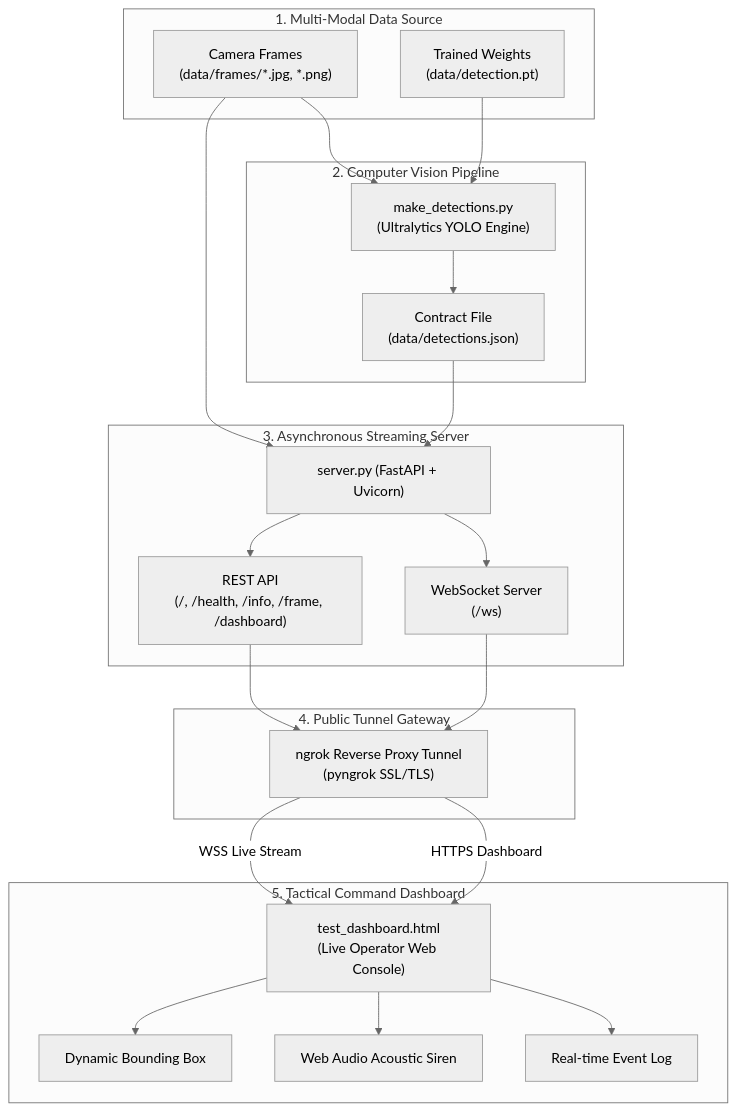
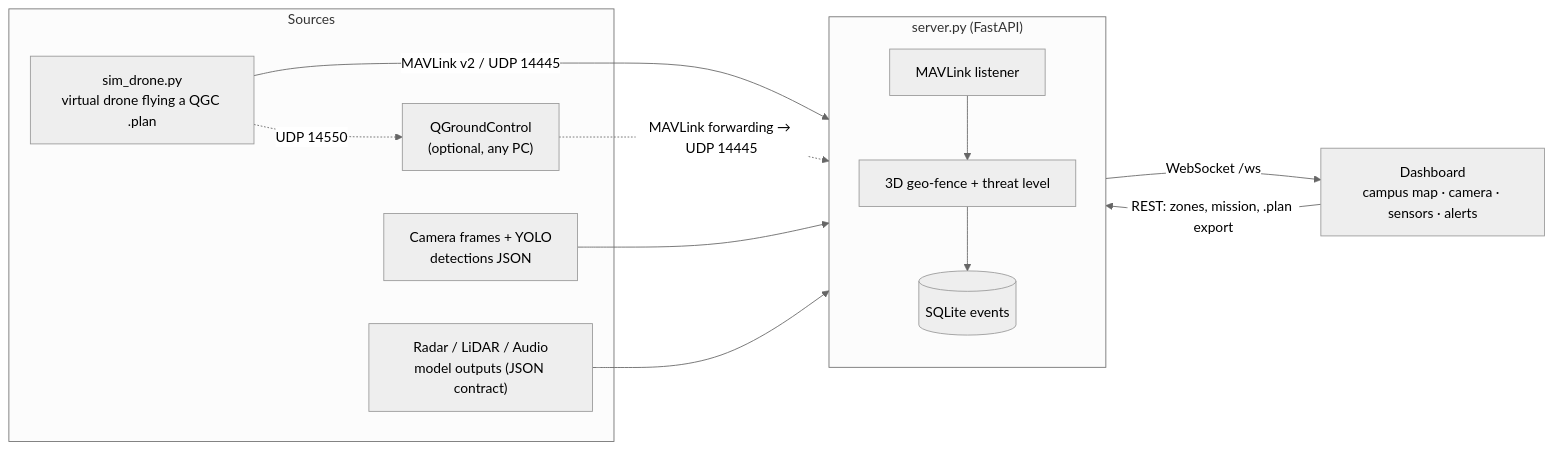
The diagram in README.md (ayesha-khan-ak/AeroSense), drawn with Mermaid (neutral theme) before and after one commit. The commit also changed other lines of this file and 35 other files, not shown here.

````diff
--- a/README.md
+++ b/README.md
@@ -42,43 +37,20 @@
 ```mermaid
-flowchart TD
-    subgraph Data_Source ["1. Multi-Modal Data Source"]
-        F["Camera Frames<br/>(data/frames/*.jpg, *.png)"]
-        M["Trained Weights<br/>(data/detection.pt)"]
+flowchart LR
+    subgraph Sources
+        SIM["sim_drone.py<br/>virtual drone flying a QGC .plan"]
+        QGC["QGroundControl<br/>(optional, any PC)"]
+        CAM["Camera frames + YOLO<br/>detections JSON"]
+        RLA["Radar / LiDAR / Audio<br/>model outputs (JSON contract)"]
     end
-
-    subgraph DL_Pipeline ["2. Computer Vision Pipeline"]
-        MD["make_detections.py<br/>(Ultralytics YOLO Engine)"]
-        F --> MD
-        M --> MD
-        DJ["Contract File<br/>(data/detections.json)"]
-        MD --> DJ
+    SIM -- "MAVLink v2 / UDP 14445" --> SRV
+    SIM -. "UDP 14550" .-> QGC
+    QGC -. "MAVLink forwarding → UDP 14445" .-> SRV
+    CAM --> SRV
+    RLA --> SRV
+    subgraph SRV["server.py (FastAPI)"]
+        ML["MAVLink listener"] --> GF["3D geo-fence + threat level"]
+        GF --> DB[("SQLite events")]
     end
-
-    subgraph Backend_Server ["3. Asynchronous Streaming Server"]
-        SRV["server.py (FastAPI + Uvicorn)"]
-        F --> SRV
-        DJ --> SRV
-        REST["REST API<br/>(/, /health, /info, /frame, /dashboard)"]
-        WS["WebSocket Server<br/>(/ws)"]
-        SRV --> REST
-        SRV --> WS
-    end
-
-    subgraph Network_Gateway ["4. Public Tunnel Gateway"]
-        NGROK["ngrok Reverse Proxy Tunnel<br/>(pyngrok SSL/TLS)"]
-        REST --> NGROK
-        WS --> NGROK
-    end
-
-    subgraph Operator_Interface ["5. Tactical Command Dashboard"]
-        UI["test_dashboard.html<br/>(Live Operator Web Console)"]
-        NGROK -->|WSS Live Stream| UI
-        NGROK -->|HTTPS Dashboard| UI
-        BOX["Dynamic Bounding Box"]
-        ALARM["Web Audio Acoustic Siren"]
-        LOGS["Real-time Event Log"]
-        UI --> BOX
-        UI --> ALARM
-        UI --> LOGS
-    end
+    SRV -- "WebSocket /ws" --> UI["Dashboard<br/>campus map · camera · sensors · alerts"]
+    UI -- "REST: zones, mission, .plan export" --> SRV
 ```
````
